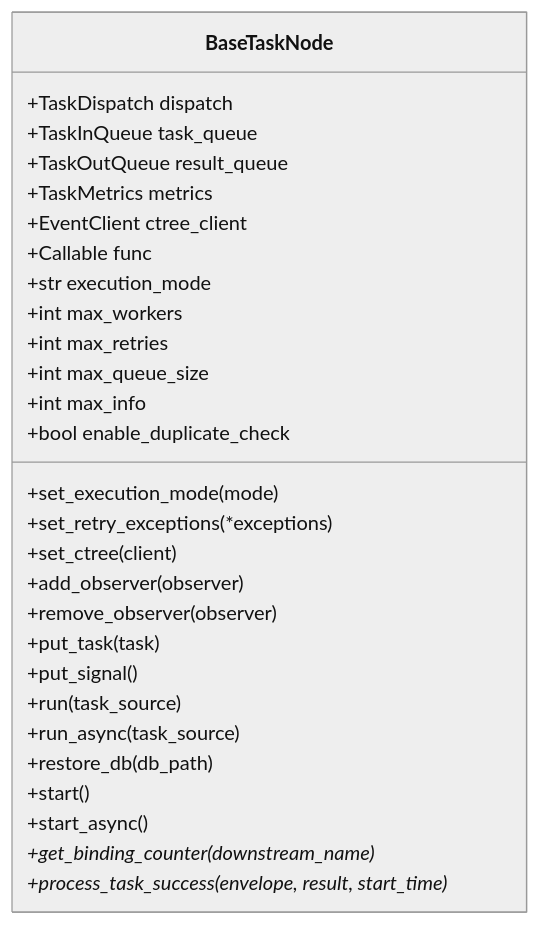
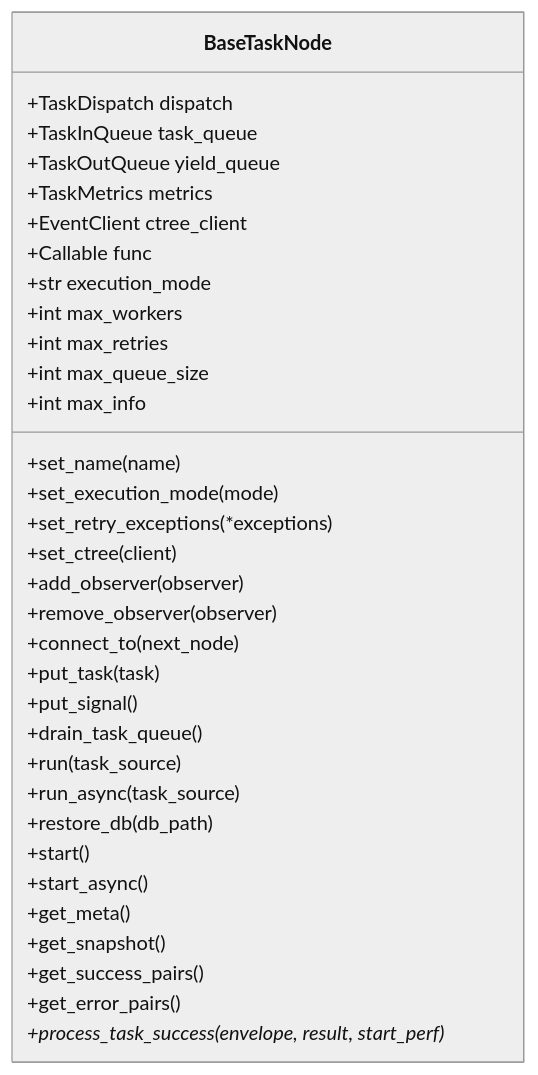
Before and after one commit to Mr-xiaotian/CelestialFlow: the first of 2 diagrams in docs/zh-CN/src/node/core_node.md, drawn with Mermaid (neutral theme). The commit also changed other lines of this file and 100 other files, not shown here.

````diff
--- a/docs/zh-CN/src/node/core_node.md
+++ b/docs/zh-CN/src/node/core_node.md
@@ -30,31 +31,36 @@
 ```mermaid
 classDiagram
     class BaseTaskNode {
         +TaskDispatch dispatch
         +TaskInQueue task_queue
-        +TaskOutQueue result_queue
+        +TaskOutQueue yield_queue
         +TaskMetrics metrics
         +EventClient ctree_client
         +Callable func
         +str execution_mode
         +int max_workers
         +int max_retries
         +int max_queue_size
         +int max_info
-        +bool enable_duplicate_check
+        +set_name(name)
         +set_execution_mode(mode)
         +set_retry_exceptions(*exceptions)
         +set_ctree(client)
         +add_observer(observer)
         +remove_observer(observer)
+        +connect_to(next_node)
         +put_task(task)
         +put_signal()
+        +drain_task_queue()
         +run(task_source)
         +run_async(task_source)
         +restore_db(db_path)
         +start()
         +start_async()
-        +get_binding_counter(downstream_name)*
-        +process_task_success(envelope, result, start_time)*
+        +get_meta()
+        +get_snapshot()
+        +get_success_pairs()
+        +get_error_pairs()
+        +process_task_success(envelope, result, start_perf)*
     }
 ```
````
